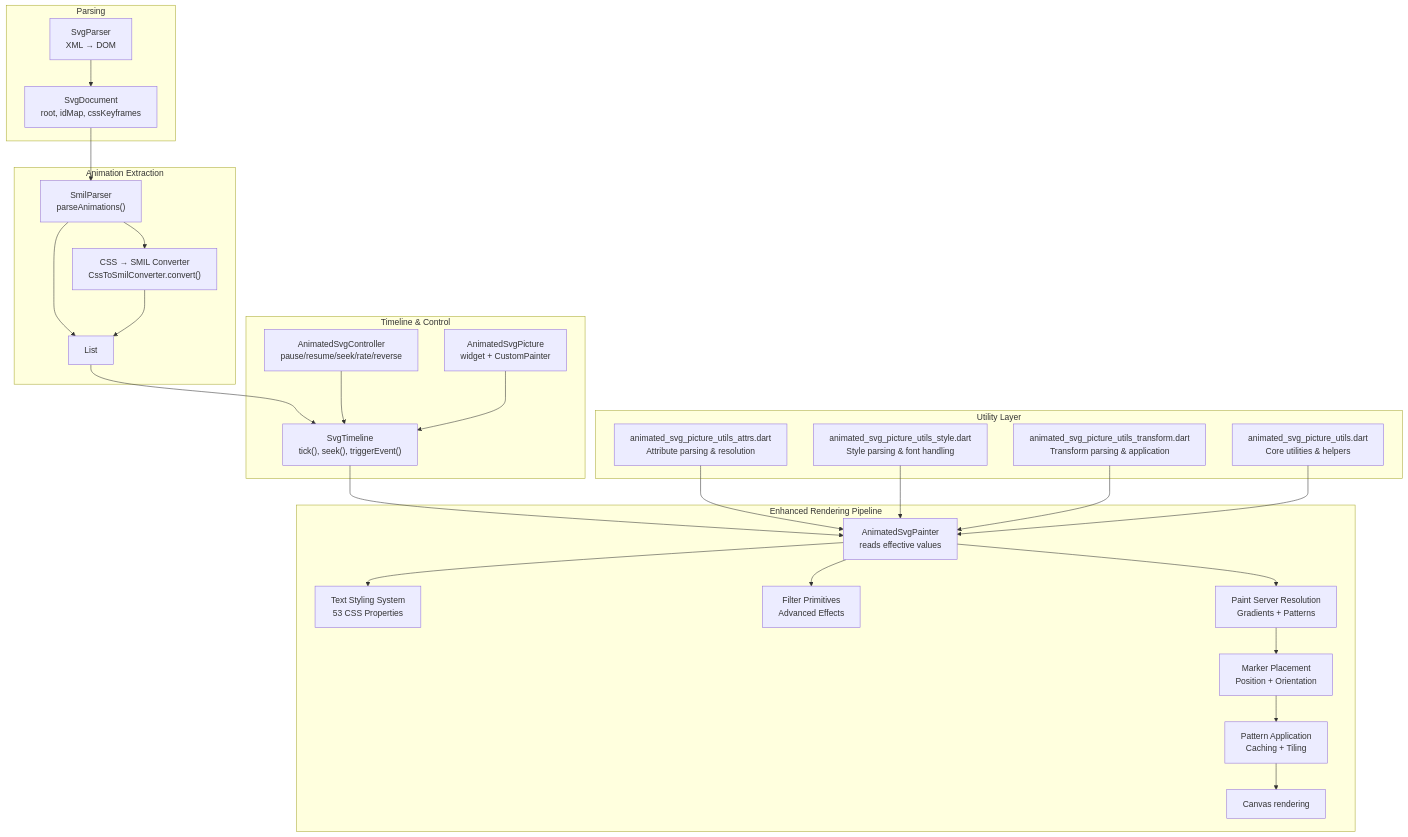
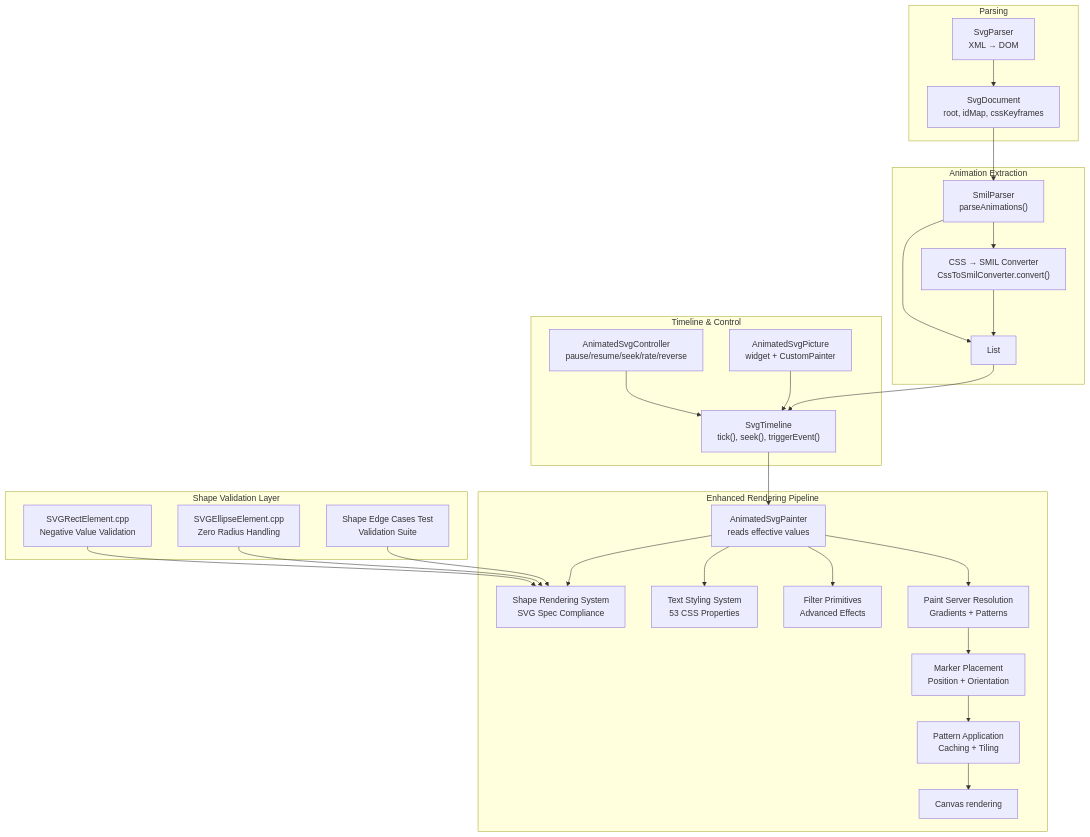
Before and after one commit to denisnadey/flutter_full_svg_support: the first of 15 diagrams in .qoder/repowiki/en/content/Animated SVG Support/Animated SVG Support.md, drawn with Mermaid. The commit also changed other lines of this file and 8 other files, not shown here.

````diff
--- a/.qoder/repowiki/en/content/Animated SVG Support/Animated SVG Support.md
+++ b/.qoder/repowiki/en/content/Animated SVG Support/Animated SVG Support.md
@@ -78,32 +78,32 @@
 ```mermaid
 graph TB
 subgraph "Parsing"
 A["SvgParser<br/>XML → DOM"] --> B["SvgDocument<br/>root, idMap, cssKeyframes"]
 end
 subgraph "Animation Extraction"
 B --> C["SmilParser<br/>parseAnimations()"]
 C --> D["List<SmilAnimation>"]
 C --> E["CSS → SMIL Converter<br/>CssToSmilConverter.convert()"]
 E --> D
 end
 subgraph "Timeline & Control"
 D --> F["SvgTimeline<br/>tick(), seek(), triggerEvent()"]
 G["AnimatedSvgController<br/>pause/resume/seek/rate/reverse"] --> F
 H["AnimatedSvgPicture<br/>widget + CustomPainter"] --> F
 end
 subgraph "Enhanced Rendering Pipeline"
 F --> I["AnimatedSvgPainter<br/>reads effective values"]
-I --> J["Text Styling System<br/>53 CSS Properties"]
-I --> K["Filter Primitives<br/>Advanced Effects"]
-I --> L["Paint Server Resolution<br/>Gradients + Patterns"]
-L --> M["Marker Placement<br/>Position + Orientation"]
-M --> N["Pattern Application<br/>Caching + Tiling"]
-N --> O["Canvas rendering"]
+I --> J["Shape Rendering System<br/>SVG Spec Compliance"]
+I --> K["Text Styling System<br/>53 CSS Properties"]
+I --> L["Filter Primitives<br/>Advanced Effects"]
+I --> M["Paint Server Resolution<br/>Gradients + Patterns"]
+M --> N["Marker Placement<br/>Position + Orientation"]
+N --> O["Pattern Application<br/>Caching + Tiling"]
+O --> P["Canvas rendering"]
 end
-subgraph "Utility Layer"
-P["animated_svg_picture_utils_attrs.dart<br/>Attribute parsing & resolution"] --> I
-Q["animated_svg_picture_utils_style.dart<br/>Style parsing & font handling"] --> I
-R["animated_svg_picture_utils_transform.dart<br/>Transform parsing & application"] --> I
-S["animated_svg_picture_utils.dart<br/>Core utilities & helpers"] --> I
+subgraph "Shape Validation Layer"
+Q["SVGRectElement.cpp<br/>Negative Value Validation"] --> J
+R["SVGEllipseElement.cpp<br/>Zero Radius Handling"] --> J
+S["Shape Edge Cases Test<br/>Validation Suite"] --> J
 end
 ```
````
